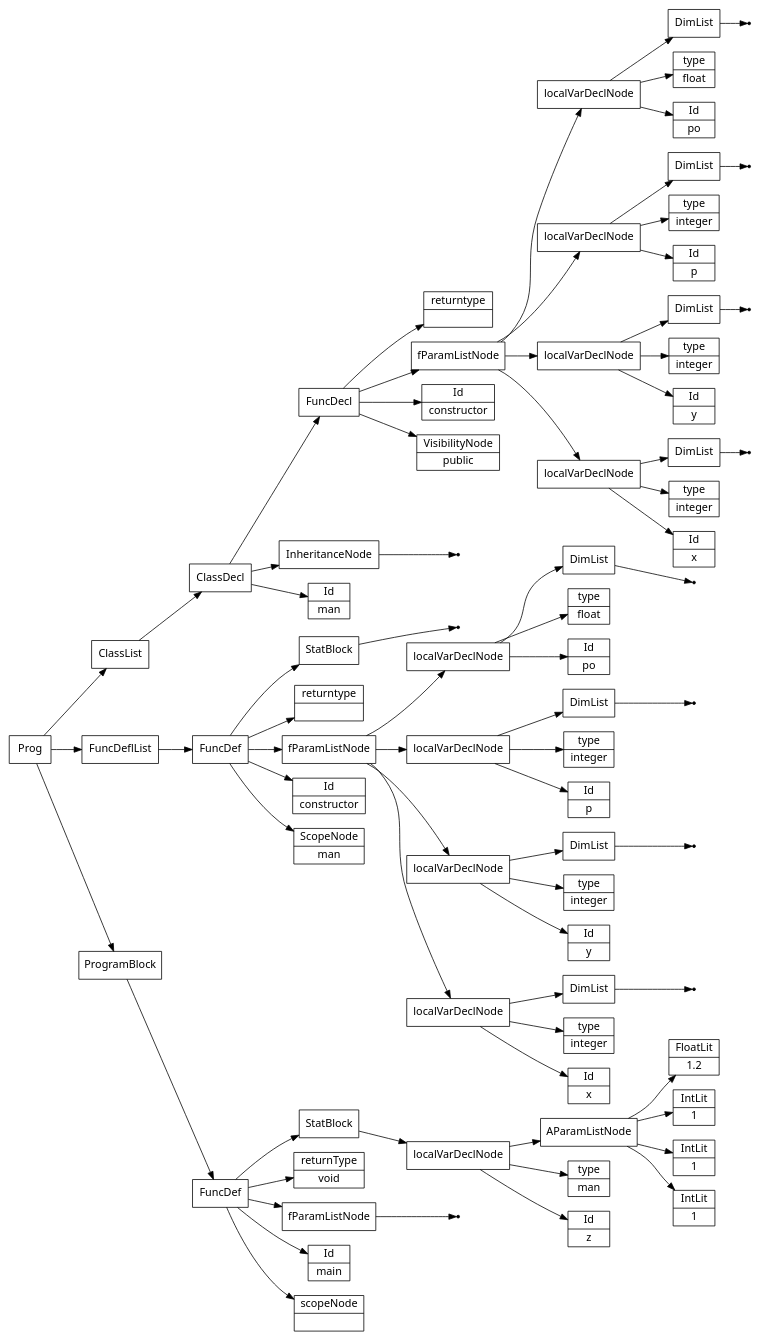
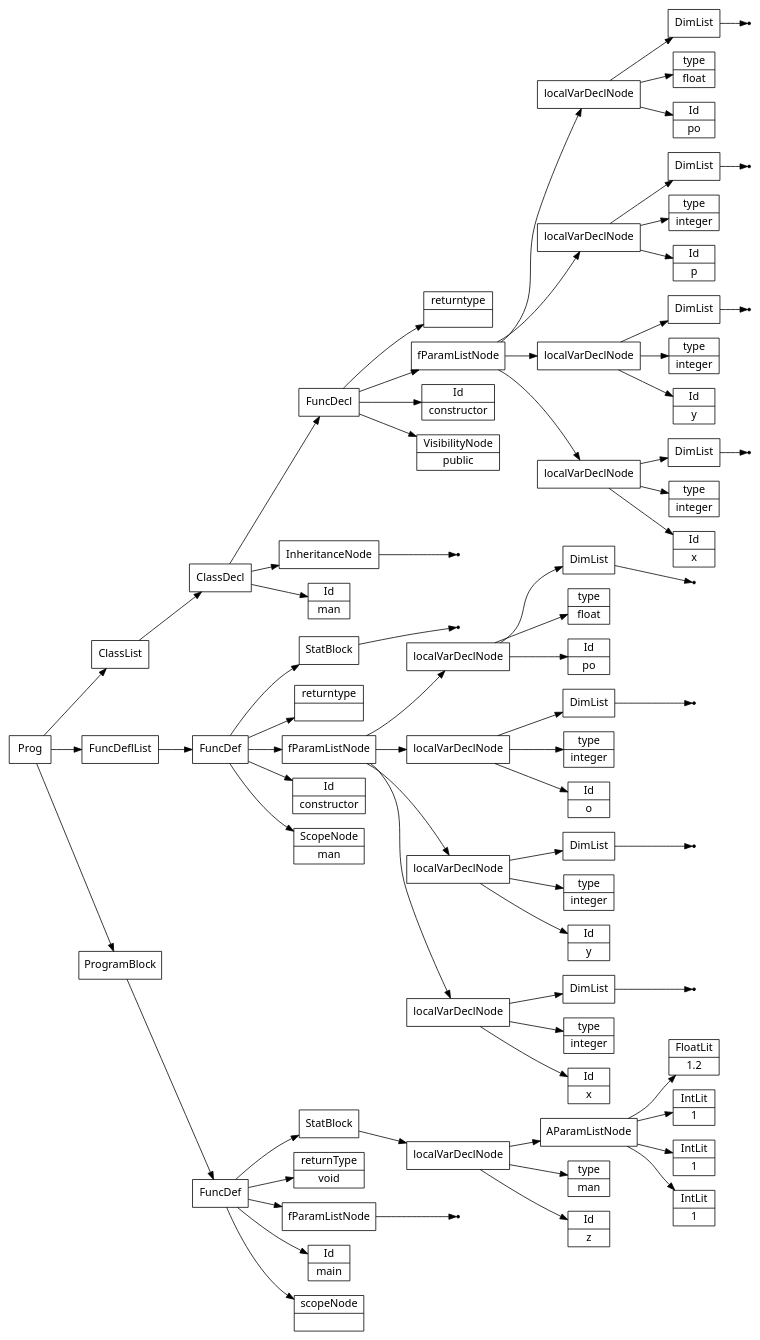
One commit to Saf1u/Kompiler changed the diagram in files/mine.src.ast.dot. Above: the diagram before and after it, drawn with Graphviz. The commit also changed 3 other files, not shown here.

```diff
--- a/files/mine.src.ast.dot
+++ b/files/mine.src.ast.dot
@@ -1,153 +1,153 @@
 digraph AST {
 node [shape=record];
  node [fontname=Sans];charset="UTF-8" splines=true splines=spline rankdir =LR ordering="out"
 1[label="scopeNode| "];
 none3[shape="point"];
 4[label="fParamListNode"];
 4->none3;
 5[label="returnType|void"];
 7[label="Id|z"];
 8[label="type|man"];
 10[label="IntLit|1"];
 11[label="IntLit|1"];
 12[label="IntLit|1"];
 13[label="FloatLit|1.2"];
 14[label="AParamListNode"];
 14->13;
 14->12;
 14->11;
 14->10;
 15[label="localVarDeclNode"];
 15->14;
 15->8;
 15->7;
 16[label="StatBlock"];
 16->15;
 17[label="FuncDef"];
 0[label="Id|main"];
 17->16;
 17->5;
 17->4;
 17->0;
 17->1;
 18[label="Id|man"];
 none20[shape="point"];
 21[label="InheritanceNode"];
 21->none20;
 22[label="VisibilityNode|public"];
 23[label="Id|constructor"];
 25[label="Id|x"];
 26[label="type|integer"];
 none28[shape="point"];
 29[label="DimList"];
 29->none28;
 30[label="localVarDeclNode"];
 30->29;
 30->26;
 30->25;
 31[label="Id|y"];
 32[label="type|integer"];
 none34[shape="point"];
 35[label="DimList"];
 35->none34;
 36[label="localVarDeclNode"];
 36->35;
 36->32;
 36->31;
 37[label="Id|p"];
 38[label="type|integer"];
 none40[shape="point"];
 41[label="DimList"];
 41->none40;
 42[label="localVarDeclNode"];
 42->41;
 42->38;
 42->37;
 43[label="Id|po"];
 44[label="type|float"];
 none46[shape="point"];
 47[label="DimList"];
 47->none46;
 48[label="localVarDeclNode"];
 48->47;
 48->44;
 48->43;
 49[label="fParamListNode"];
 49->48;
 49->42;
 49->36;
 49->30;
 50[label="returntype| "];
 51[label="FuncDecl"];
 51->50;
 51->49;
 51->23;
 51->22;
 52[label="ClassDecl"];
 52->51;
 52->21;
 52->18;
 54[label="Id|constructor"];
 56[label="Id|x"];
 57[label="type|integer"];
 none59[shape="point"];
 60[label="DimList"];
 60->none59;
 61[label="localVarDeclNode"];
 61->60;
 61->57;
 61->56;
 62[label="Id|y"];
 63[label="type|integer"];
 none65[shape="point"];
 66[label="DimList"];
 66->none65;
 67[label="localVarDeclNode"];
 67->66;
 67->63;
 67->62;
-68[label="Id|p"];
+68[label="Id|o"];
 69[label="type|integer"];
 none71[shape="point"];
 72[label="DimList"];
 72->none71;
 73[label="localVarDeclNode"];
 73->72;
 73->69;
 73->68;
 74[label="Id|po"];
 75[label="type|float"];
 none77[shape="point"];
 78[label="DimList"];
 78->none77;
 79[label="localVarDeclNode"];
 79->78;
 79->75;
 79->74;
 80[label="fParamListNode"];
 80->79;
 80->73;
 80->67;
 80->61;
 81[label="returntype| "];
 none83[shape="point"];
 84[label="StatBlock"];
 84->none83;
 85[label="FuncDef"];
 53[label="ScopeNode|man"];
 85->84;
 85->81;
 85->80;
 85->54;
 85->53;
 86[label="ClassList"];
 87[label="FuncDeflList"];
 88[label="Prog"];
 89[label="ProgramBlock"];
 87->85;
 86->52;
 89->17;
 88->86;
 88->87;
 88->89;
 }
```
